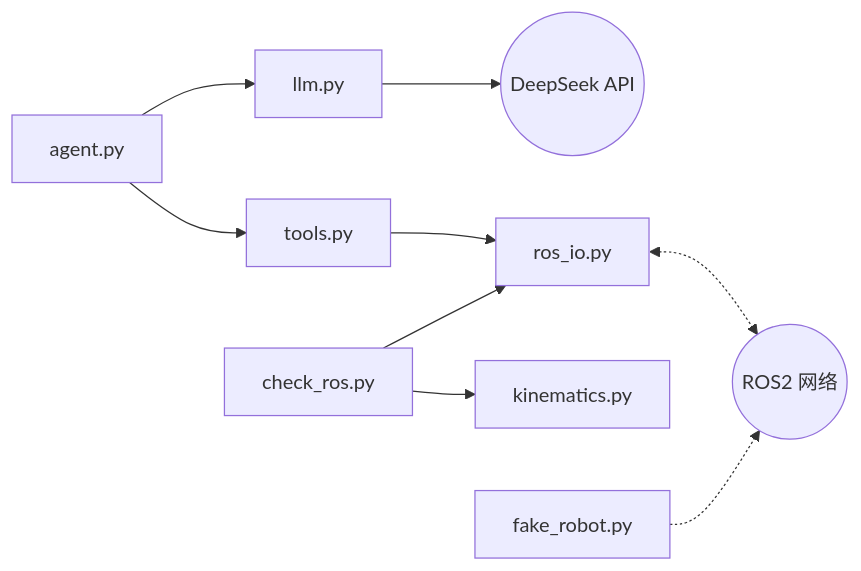
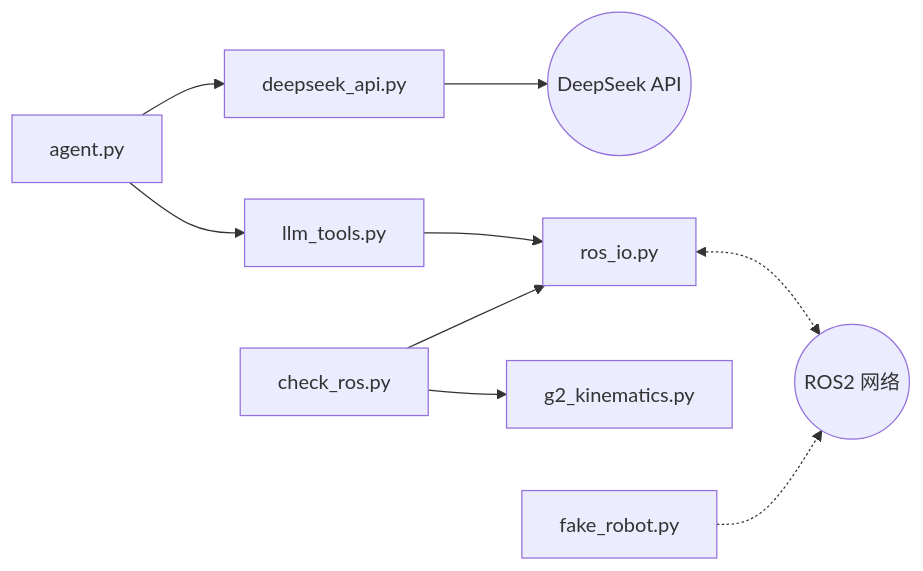
Before and after one commit to mikeJoy6/harness_genie_G2: the first of 6 diagrams in learning/stage2_ros/README.md, drawn with Mermaid. The commit also changed other lines of this file and 78 other files, not shown here.

````diff
--- a/learning/stage2_ros/README.md
+++ b/learning/stage2_ros/README.md
@@ -33,9 +33,9 @@
 ```mermaid
 flowchart LR
-    agent["agent.py"] --> llm["llm.py"] --> deepseek(("DeepSeek API"))
-    agent --> tools["tools.py"] --> rosio["ros_io.py"]
+    agent["agent.py"] --> llm["deepseek_api.py"] --> deepseek(("DeepSeek API"))
+    agent --> tools["llm_tools.py"] --> rosio["ros_io.py"]
     check["check_ros.py"] --> rosio
-    check --> kin["kinematics.py"]
+    check --> kin["g2_kinematics.py"]
     rosio <-.-> ros(("ROS2 网络"))
     fake["fake_robot.py"] -.-> ros
 ```
````
